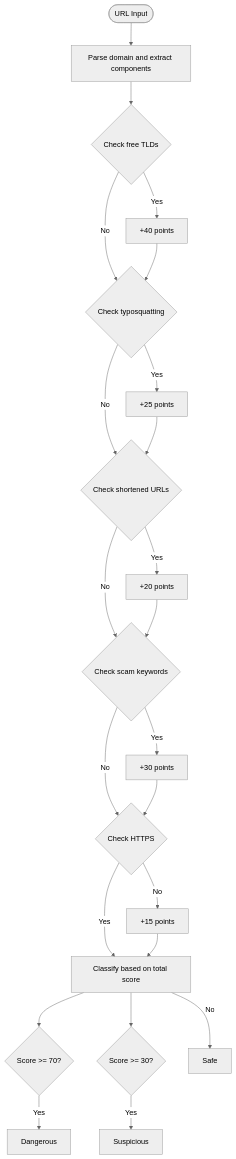
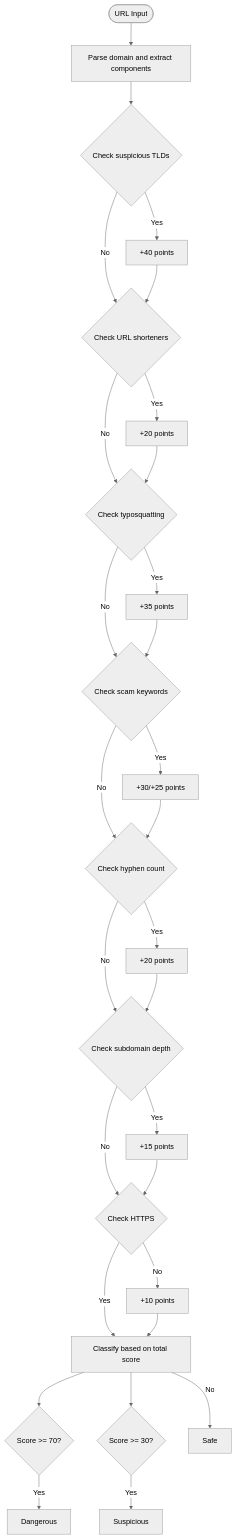
The fifth of 7 diagrams in .qoder/repowiki/en/content/Threat Detection Engine.md (Aymanaahh/scrollguard-ai), drawn with Mermaid (neutral theme) before and after one commit. The commit also changed other lines of this file and 18 other files, not shown here.

````diff
--- a/.qoder/repowiki/en/content/Threat Detection Engine.md
+++ b/.qoder/repowiki/en/content/Threat Detection Engine.md
@@ -227,25 +235,31 @@
 ```mermaid
 flowchart TD
 Start(["URL Input"]) --> ParseDomain["Parse domain and extract components"]
-ParseDomain --> CheckTLD{"Check free TLDs"}
+ParseDomain --> CheckTLD{"Check suspicious TLDs"}
 CheckTLD --> |Yes| ScoreTLD["+40 points"]
-CheckTLD --> |No| CheckTypos{"Check typosquatting"}
-ScoreTLD --> CheckTypos
-CheckTypos --> |Yes| ScoreTypos["+25 points"]
-CheckTypos --> |No| CheckShortener{"Check shortened URLs"}
-ScoreTypos --> CheckShortener
+CheckTLD --> |No| CheckShortener{"Check URL shorteners"}
+ScoreTLD --> CheckShortener
 CheckShortener --> |Yes| ScoreShortener["+20 points"]
-CheckShortener --> |No| CheckKeywords{"Check scam keywords"}
-ScoreShortener --> CheckKeywords
-CheckKeywords --> |Yes| ScoreKeywords["+30 points"]
-CheckKeywords --> |No| CheckHTTPS{"Check HTTPS"}
-ScoreKeywords --> CheckHTTPS
-CheckHTTPS --> |No| ScoreHTTPS["+15 points"]
+CheckShortener --> |No| CheckTypos{"Check typosquatting"}
+ScoreShortener --> CheckTypos
+CheckTypos --> |Yes| ScoreTypos["+35 points"]
+CheckTypos --> |No| CheckKeywords{"Check scam keywords"}
+ScoreTypos --> CheckKeywords
+CheckKeywords --> |Yes| ScoreKeywords["+30/+25 points"]
+CheckKeywords --> |No| CheckHyphens{"Check hyphen count"}
+ScoreKeywords --> CheckHyphens
+CheckHyphens --> |Yes| ScoreHyphens["+20 points"]
+CheckHyphens --> |No| CheckSubdomains{"Check subdomain depth"}
+ScoreHyphens --> CheckSubdomains
+CheckSubdomains --> |Yes| ScoreSubdomains["+15 points"]
+CheckSubdomains --> |No| CheckHTTPS{"Check HTTPS"}
+ScoreSubdomains --> CheckHTTPS
+CheckHTTPS --> |No| ScoreHTTPS["+10 points"]
 CheckHTTPS --> |Yes| Classify["Classify based on total score"]
 ScoreHTTPS --> Classify
 Classify --> Dangerous{"Score >= 70?"}
 Classify --> Suspicious{"Score >= 30?"}
 Dangerous --> |Yes| DangerousStatus["Dangerous"]
 Suspicious --> |Yes| SuspiciousStatus["Suspicious"]
 Classify --> |No| SafeStatus["Safe"]
 ```
````
